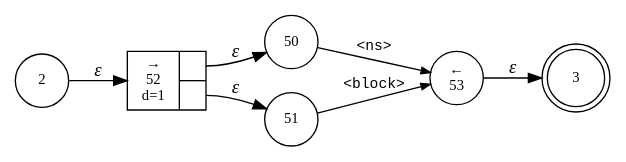
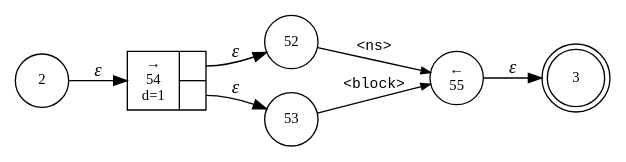
Before and after one commit to vulogov/Bund2: the diagram in internal/parser/Bund.root_term.dot, drawn with Graphviz. The commit also changed 205 other files, not shown here.

```diff
--- a/internal/parser/Bund.root_term.dot
+++ b/internal/parser/Bund.root_term.dot
@@ -1,15 +1,15 @@
 digraph ATN {
 rankdir=LR;
 s3[fontsize=11, label="3", shape=doublecircle, fixedsize=true, width=.6];
 s2[fontsize=11,label="2", shape=circle, fixedsize=true, width=.55, peripheries=1];
-s50[fontsize=11,label="50", shape=circle, fixedsize=true, width=.55, peripheries=1];
-s51[fontsize=11,label="51", shape=circle, fixedsize=true, width=.55, peripheries=1];
-s52[fontsize=11,label="{&rarr;\n52\nd=1|{<p0>|<p1>}}", shape=record, fixedsize=false, peripheries=1];
-s53[fontsize=11,label="&larr;\n53", shape=circle, fixedsize=true, width=.55, peripheries=1];
-s2 -> s52 [fontname="Times-Italic", label="&epsilon;"];
-s52:p0 -> s50 [fontname="Times-Italic", label="&epsilon;"];
-s52:p1 -> s51 [fontname="Times-Italic", label="&epsilon;"];
-s50 -> s53 [fontsize=11, fontname="Courier", arrowsize=.7, label = "<ns>", arrowhead = normal];
-s51 -> s53 [fontsize=11, fontname="Courier", arrowsize=.7, label = "<block>", arrowhead = normal];
-s53 -> s3 [fontname="Times-Italic", label="&epsilon;"];
+s52[fontsize=11,label="52", shape=circle, fixedsize=true, width=.55, peripheries=1];
+s53[fontsize=11,label="53", shape=circle, fixedsize=true, width=.55, peripheries=1];
+s54[fontsize=11,label="{&rarr;\n54\nd=1|{<p0>|<p1>}}", shape=record, fixedsize=false, peripheries=1];
+s55[fontsize=11,label="&larr;\n55", shape=circle, fixedsize=true, width=.55, peripheries=1];
+s2 -> s54 [fontname="Times-Italic", label="&epsilon;"];
+s54:p0 -> s52 [fontname="Times-Italic", label="&epsilon;"];
+s54:p1 -> s53 [fontname="Times-Italic", label="&epsilon;"];
+s52 -> s55 [fontsize=11, fontname="Courier", arrowsize=.7, label = "<ns>", arrowhead = normal];
+s53 -> s55 [fontsize=11, fontname="Courier", arrowsize=.7, label = "<block>", arrowhead = normal];
+s55 -> s3 [fontname="Times-Italic", label="&epsilon;"];
 }
```
